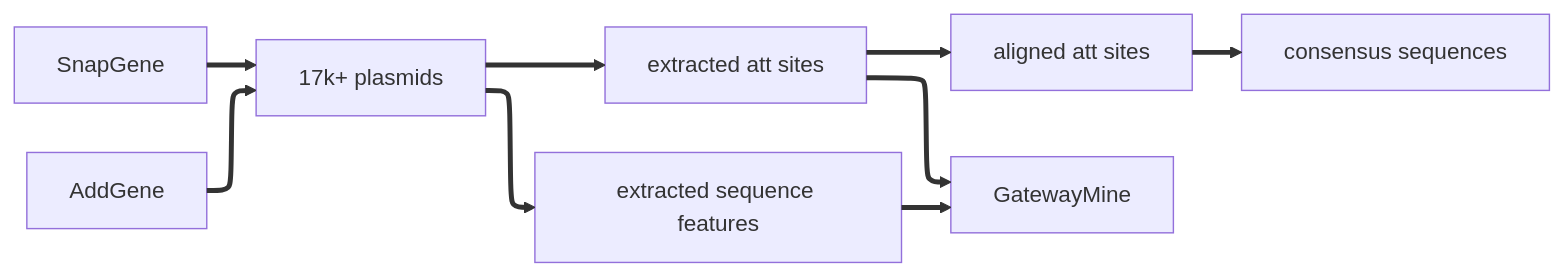
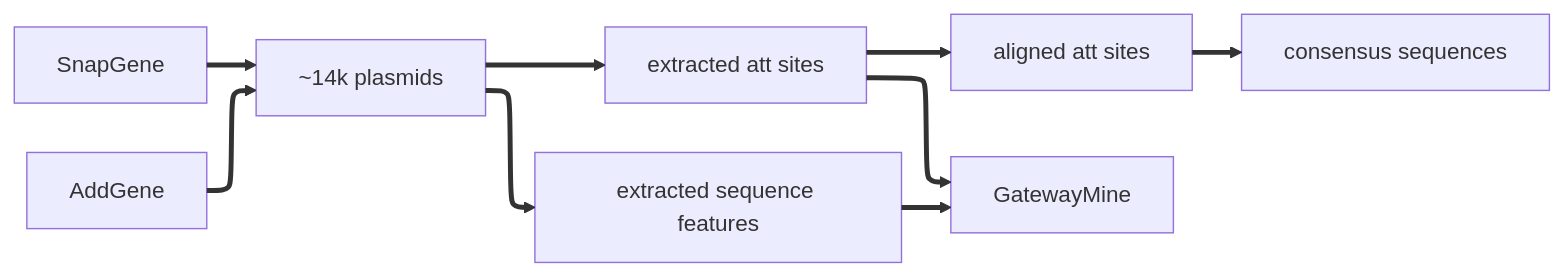
One commit to manulera/GateWayMine changed the first of 2 diagrams in README.md. Above: the diagram before and after it, drawn with Mermaid. The commit also changed 9 other files, not shown here.

````diff
--- a/README.md
+++ b/README.md
@@ -10,15 +10,15 @@
 ```mermaid
 ---
 config:
   layout: elk
 ---
 flowchart LR
-SnapGene ==> Plasmids[17k+ plasmids]
+SnapGene ==> Plasmids[~14k plasmids]
 AddGene ==> Plasmids
 Plasmids ==> Sites[extracted att sites]
 Plasmids ==> SequenceFeatures[extracted sequence features]
 Sites ==> Alignments[aligned att sites]
 Sites ==> GatewayMine[GatewayMine]
 SequenceFeatures ==> GatewayMine
 Alignments ==> Consensus[consensus sequences]
 ```
````
